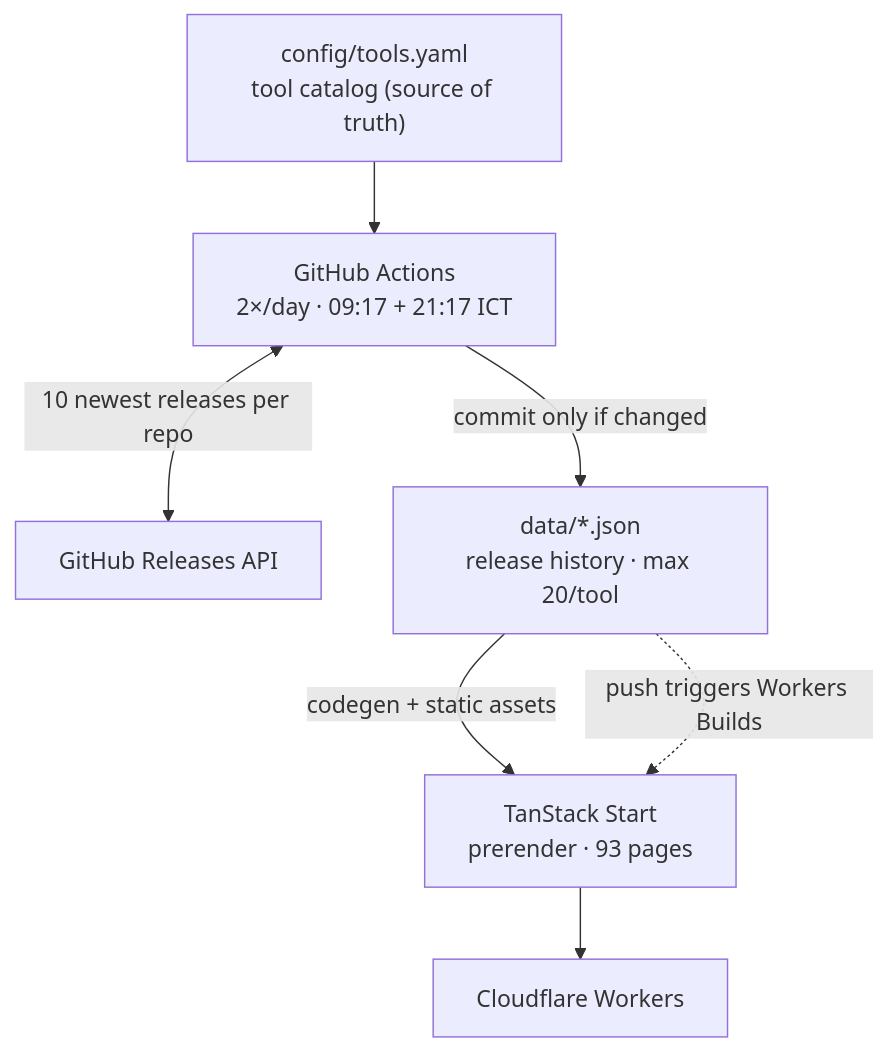
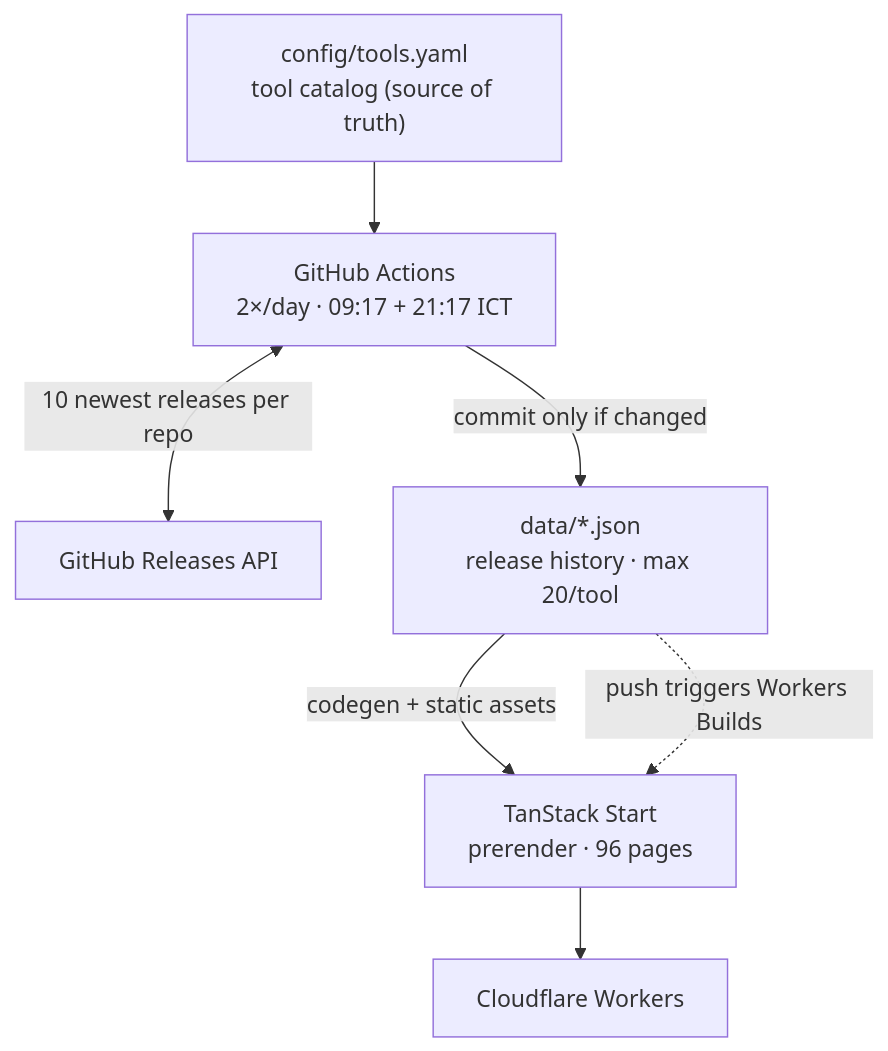
One commit to duynhlab/release-radar changed the diagram in README.md. Above: the diagram before and after it, drawn with Mermaid. The commit also changed other lines of this file and 14 other files, not shown here.

````diff
--- a/README.md
+++ b/README.md
@@ -6,16 +6,16 @@
 ```mermaid
 flowchart TD
     catalog["config/tools.yaml<br/>tool catalog (source of truth)"]
     sync["GitHub Actions<br/>2×/day · 09:17 + 21:17 ICT"]
     api["GitHub Releases API"]
     data["data/*.json<br/>release history · max 20/tool"]
-    build["TanStack Start<br/>prerender · 93 pages"]
+    build["TanStack Start<br/>prerender · 96 pages"]
     cf["Cloudflare Workers"]
 
     catalog --> sync
     sync <-->|"10 newest releases per repo"| api
     sync -->|"commit only if changed"| data
     data -->|"codegen + static assets"| build
     build --> cf
     data -.->|"push triggers Workers Builds"| build
 ```
````
